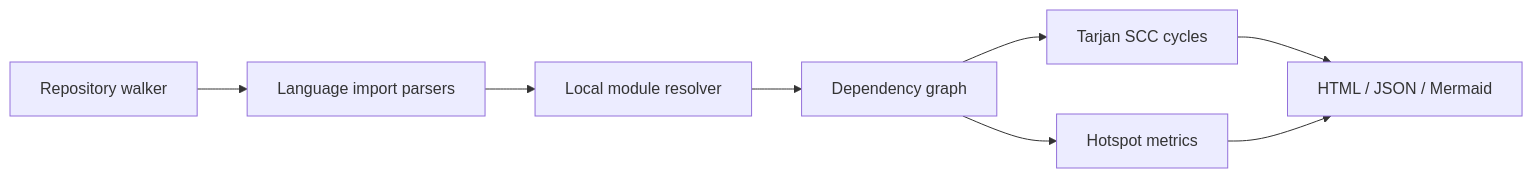
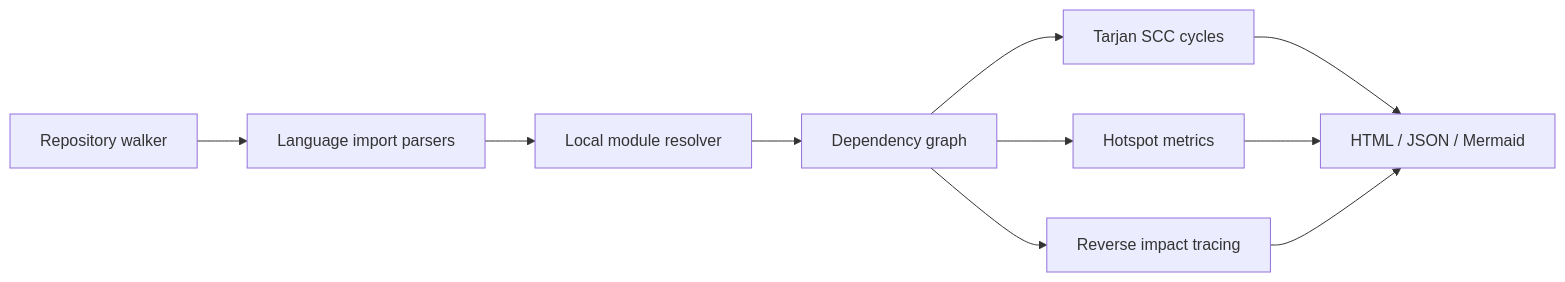
One commit to mockingbird777/archlens changed the diagram in README.md. Above: the diagram before and after it, drawn with Mermaid. The commit also changed other lines of this file and 11 other files, not shown here.

Commit message:
feat: trace change impact through dependency graph

````diff
--- a/README.md
+++ b/README.md
@@ -146,10 +153,12 @@
 ```mermaid
 flowchart LR
   A[Repository walker] --> B[Language import parsers]
   B --> C[Local module resolver]
   C --> D[Dependency graph]
   D --> E[Tarjan SCC cycles]
   D --> F[Hotspot metrics]
+  D --> H[Reverse impact tracing]
   E --> G[HTML / JSON / Mermaid]
   F --> G
+  H --> G
 ```
````
